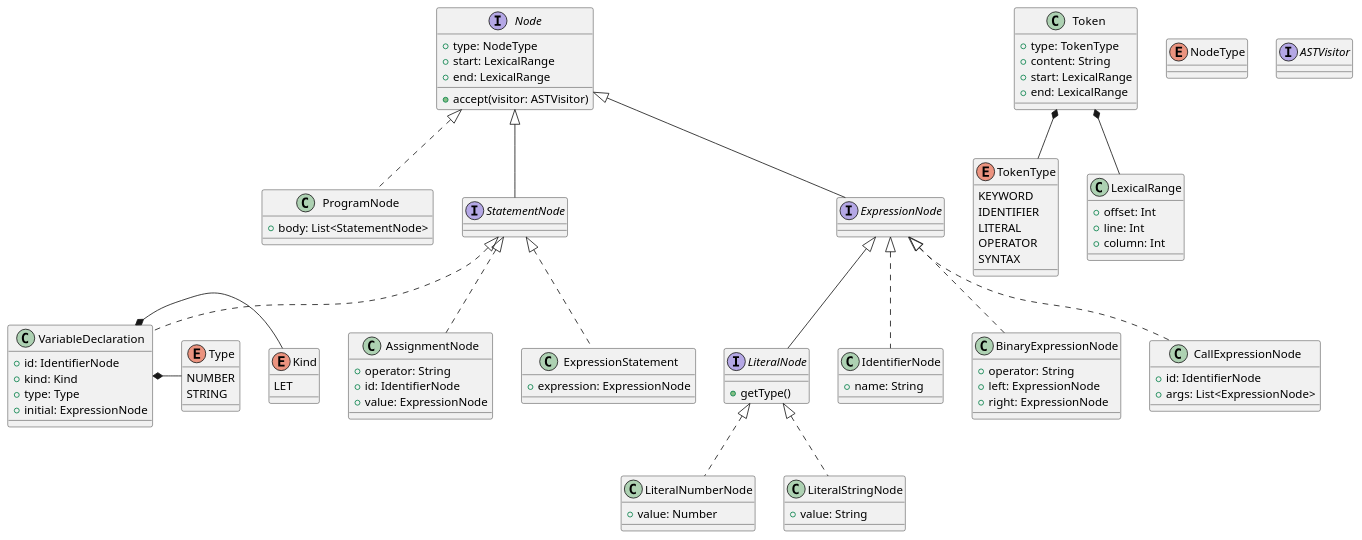
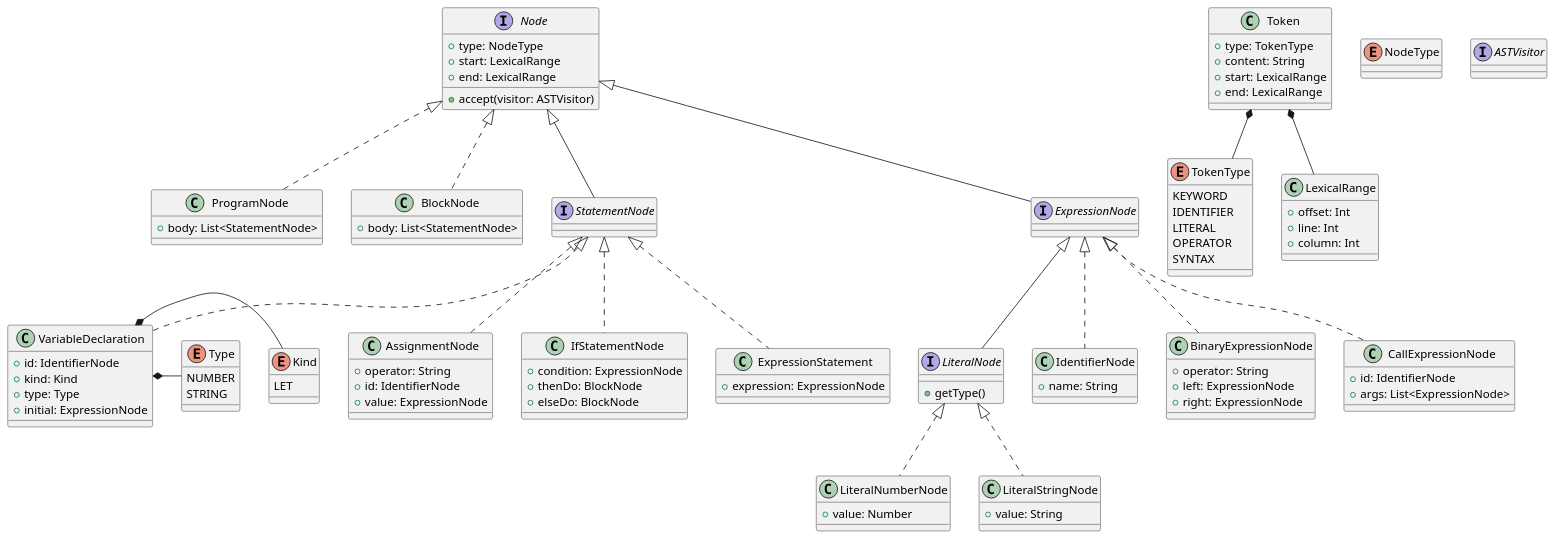
One commit to JulietaG13/PrintScript changed the diagram in diagrams/Classv2.puml. Above: the diagram before and after it, drawn with PlantUML. The commit also changed 3 other files, not shown here.

Commit message:
interpreter fixes, diagram update

```diff
--- a/diagrams/Classv2.puml
+++ b/diagrams/Classv2.puml
@@ -1,112 +1,122 @@
 @startuml
 'https://plantuml.com/class-diagram
 
 
 class Token {
 + type: TokenType
 + content: String
 + start: LexicalRange
 + end: LexicalRange
 }
 Token *-- TokenType
 
 class LexicalRange {
 + offset: Int
 + line: Int
 + column: Int
 }
 Token *-- LexicalRange
 
 
 ' let a : number = 5;
 ' println("hola");
 enum TokenType {
 KEYWORD
 IDENTIFIER
 LITERAL
 OPERATOR
 SYNTAX
 }
 
 interface Node {
 + type: NodeType
 + start: LexicalRange
 + end: LexicalRange
 + accept(visitor: ASTVisitor)
 }
 
 enum NodeType {
 'TODO
 }
 
 class ProgramNode implements Node {
 + body: List<StatementNode>
 }
 
+class BlockNode implements Node {
++ body: List<StatementNode>
+}
+
 interface StatementNode implements Node {
 }
 
 class AssignmentNode implements StatementNode {
 + operator: String
 + id: IdentifierNode
 + value: ExpressionNode
+}
+
+class IfStatementNode implements StatementNode {
++ condition: ExpressionNode
++ thenDo: BlockNode
++ elseDo: BlockNode
 }
 
 class VariableDeclaration implements StatementNode {
 + id: IdentifierNode
 + kind: Kind
 + type: Type
 + initial: ExpressionNode
 }
 VariableDeclaration *- Kind
 VariableDeclaration *- Type
 
 enum Kind {
 LET
 }
 
 enum Type {
 NUMBER
 STRING
 }
 
 class ExpressionStatement implements StatementNode {
 + expression: ExpressionNode
 }
 
 interface ExpressionNode implements Node {
 }
 
 interface LiteralNode implements ExpressionNode {
 + getType()
 }
 
 class LiteralNumberNode implements LiteralNode {
 + value: Number
 }
 
 class LiteralStringNode implements LiteralNode {
 + value: String
 }
 
 class IdentifierNode implements ExpressionNode {
 + name: String
 }
 
 class BinaryExpressionNode implements ExpressionNode {
 + operator: String
 + left: ExpressionNode
 + right: ExpressionNode
 }
 
 class CallExpressionNode implements ExpressionNode {
 + id: IdentifierNode
 + args: List<ExpressionNode>
 }
 
 'class DeclaratorNode implements Node
 
 interface ASTVisitor {
 }
 
 @enduml
```
